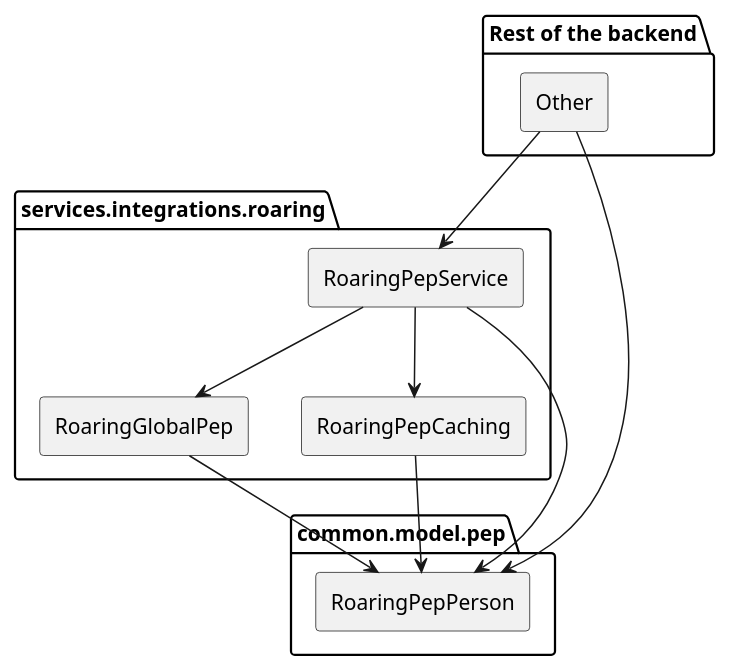
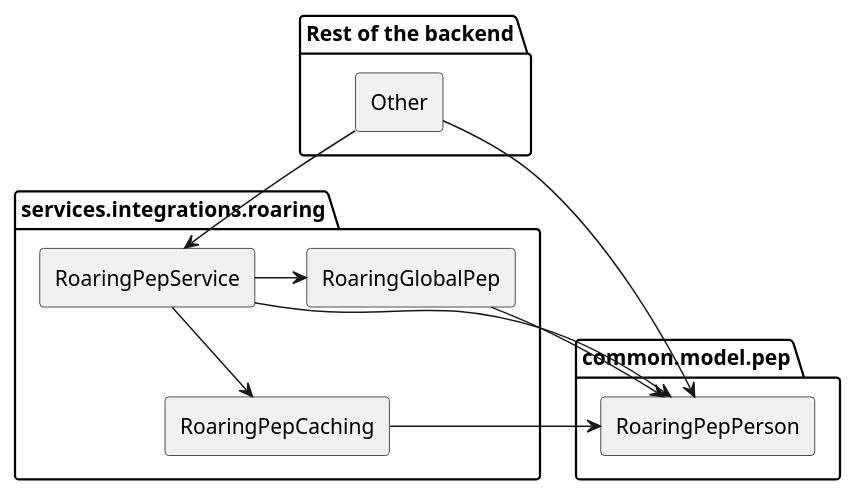
Before and after one commit to Gipphe/presentations: the diagram in PEP refactoring/diagrams/previous.puml, drawn with PlantUML. The commit also changed 3 other files, not shown here.

```diff
--- a/PEP refactoring/diagrams/previous.puml
+++ b/PEP refactoring/diagrams/previous.puml
@@ -1,29 +1,29 @@
-@startuml Previous
+@startuml previous
 
 skinparam componentStyle rectangle
 
 package "common.model.pep" {
 	[RoaringPepPerson] as Pep
 }
 
 package "Rest of the backend" {
 	[Other]
 }
 
 package "services.integrations.roaring" {
 	[RoaringPepCaching] as PepCaching
 	[RoaringPepService] as PepService
 	[RoaringGlobalPep]
 }
 
 Other --> PepService
 Other --> Pep
 
 PepCaching --> Pep
 PepService --> Pep
 PepService --> PepCaching
-PepService --> RoaringGlobalPep
+PepService -> RoaringGlobalPep
 
-RoaringGlobalPep -> Pep
+Pep <- RoaringGlobalPep
 
 @enduml
```
